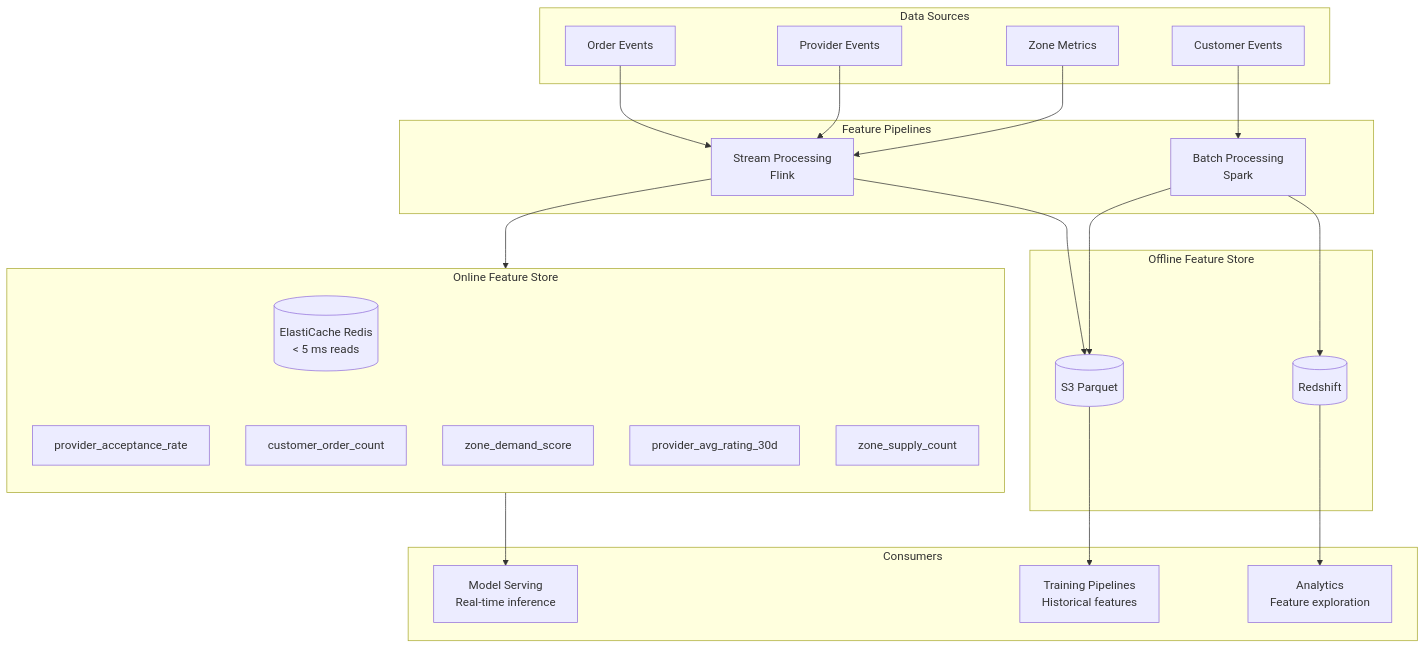
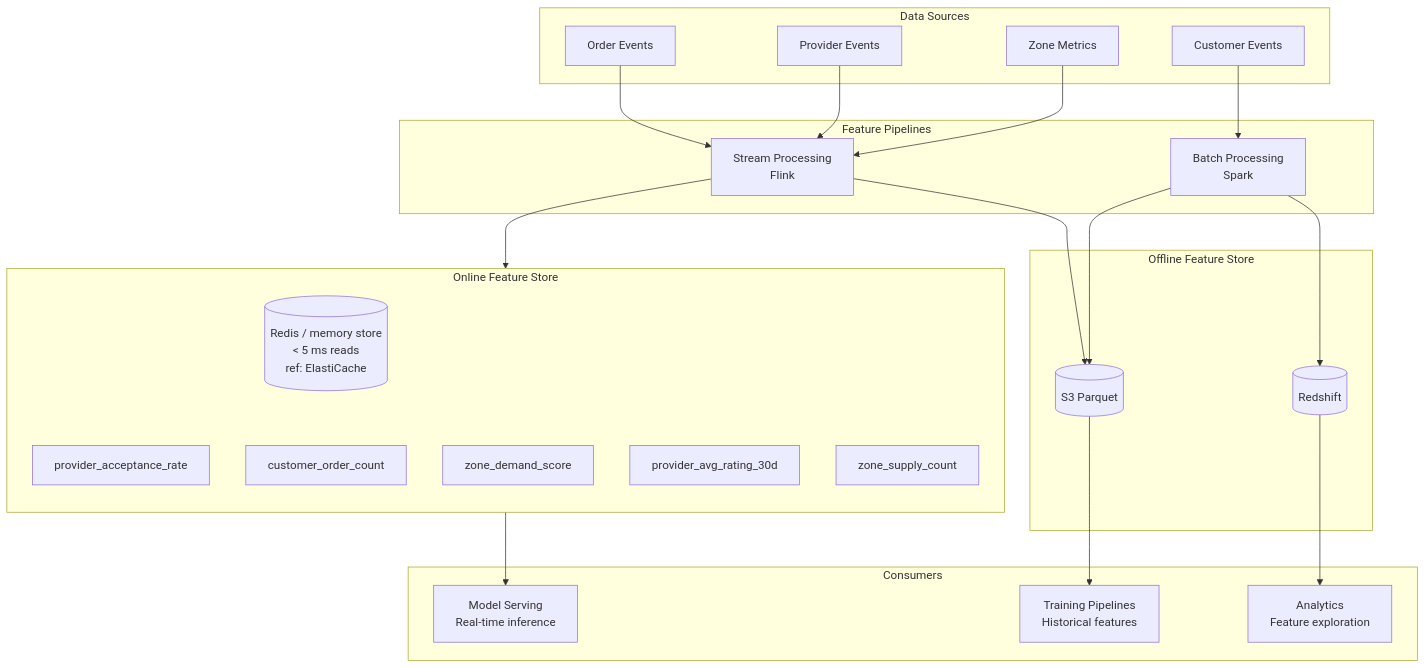
Before and after one commit to rishikeshdhokare/platform-manifesto: the third of 6 diagrams in 10-ai-ml-platform/01-ml-platform.md, drawn with Mermaid. The commit also changed other lines of this file and 64 other files, not shown here.

````diff
--- a/10-ai-ml-platform/01-ml-platform.md
+++ b/10-ai-ml-platform/01-ml-platform.md
@@ -149,52 +155,52 @@
 ```mermaid
 flowchart TB
     subgraph sources [Data Sources]
         Orders[Order Events]
         Providers[Provider Events]
         Customers[Customer Events]
         Zones[Zone Metrics]
     end
 
     subgraph pipeline [Feature Pipelines]
         Stream[Stream Processing<br/>Flink]
         Batch[Batch Processing<br/>Spark]
     end
 
     subgraph online [Online Feature Store]
-        Redis[(ElastiCache Redis<br/>< 5 ms reads)]
+        Redis[(Redis / memory store<br/>< 5 ms reads<br/>ref: ElastiCache)]
         direction TB
         F1[provider_acceptance_rate]
         F2[customer_order_count]
         F3[zone_demand_score]
         F4[provider_avg_rating_30d]
         F5[zone_supply_count]
     end
 
     subgraph offline [Offline Feature Store]
         S3[(S3 Parquet)]
         RS[(Redshift)]
     end
 
     subgraph consumers [Consumers]
         Serving[Model Serving<br/>Real-time inference]
         Training[Training Pipelines<br/>Historical features]
         Analytics[Analytics<br/>Feature exploration]
     end
 
     Orders --> Stream
     Providers --> Stream
     Customers --> Batch
     Zones --> Stream
     Stream --> Redis
     Stream --> S3
     Batch --> S3
     Batch --> RS
     Redis --> Serving
     S3 --> Training
     RS --> Analytics
 
     Redis ~~~ F1
     Redis ~~~ F2
     Redis ~~~ F3
 
 ```
````
